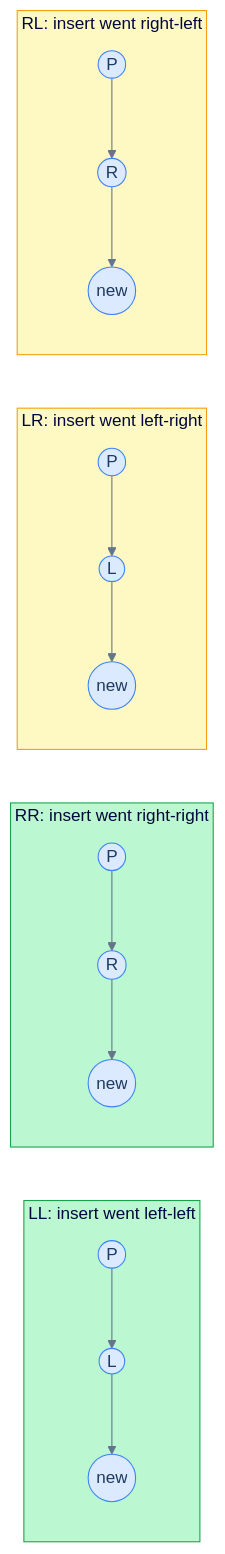
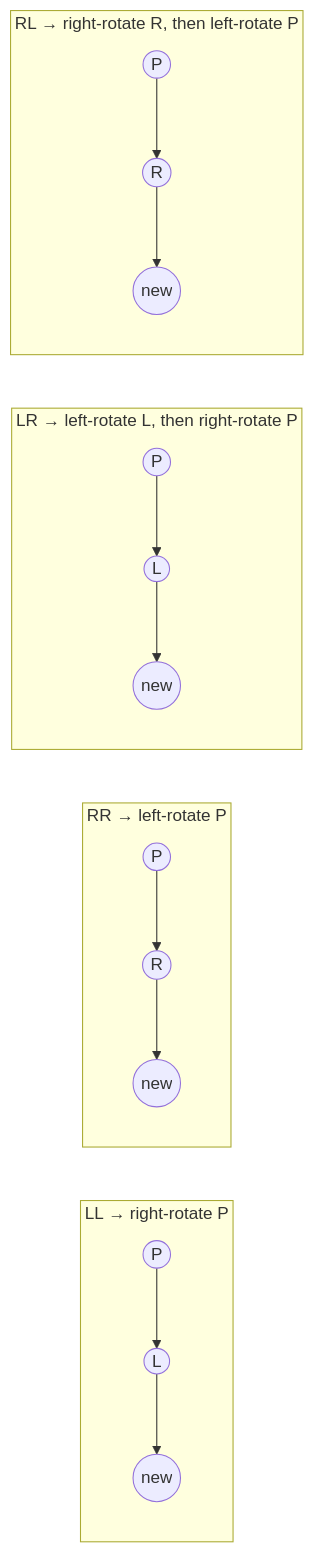
The diagram in content/cortex/data-structures-and-algorithms/03-trees/06-avl-tree/01-introduction-to-avl-trees.md (ani2fun/codefolio), drawn with Mermaid before and after one commit. The commit also changed other lines of this file and 1049 other files, not shown here.

````diff
--- a/content/cortex/data-structures-and-algorithms/03-trees/06-avl-tree/01-introduction-to-avl-trees.md
+++ b/content/cortex/data-structures-and-algorithms/03-trees/06-avl-tree/01-introduction-to-avl-trees.md
@@ -165,46 +67,17 @@
 ```mermaid
----
-config:
-  theme: base
-  themeVariables:
-    primaryColor: "#dbeafe"
-    primaryBorderColor: "#3b82f6"
-    primaryTextColor: "#1e3a5f"
-    lineColor: "#64748b"
-    secondaryColor: "#ede9fe"
-    tertiaryColor: "#fef9c3"
----
 flowchart LR
-  subgraph LL["LL: insert went left-left"]
-    LL_P((P))
-    LL_L((L))
-    LL_NEW((new))
-    LL_P --> LL_L
-    LL_L --> LL_NEW
+  subgraph LL["LL → right-rotate P"]
+    a1((P)) --> a2((L)) --> a3((new))
   end
-  subgraph RR["RR: insert went right-right"]
-    RR_P((P))
-    RR_R((R))
-    RR_NEW((new))
-    RR_P --> RR_R
-    RR_R --> RR_NEW
+  subgraph RR["RR → left-rotate P"]
+    b1((P)) --> b2((R)) --> b3((new))
   end
-  subgraph LR["LR: insert went left-right"]
-    LR_P((P))
-    LR_L((L))
-    LR_NEW((new))
-    LR_P --> LR_L
-    LR_L --> LR_NEW
+  subgraph LR["LR → left-rotate L, then right-rotate P"]
+    c1((P)) --> c2((L))
+    c2 --> c3((new))
   end
-  subgraph RL["RL: insert went right-left"]
-    RL_P((P))
-    RL_R((R))
-    RL_NEW((new))
-    RL_P --> RL_R
-    RL_R --> RL_NEW
+  subgraph RL["RL → right-rotate R, then left-rotate P"]
+    d1((P)) --> d2((R))
+    d2 --> d3((new))
   end
-  style LL fill:#bbf7d0,stroke:#16a34a
-  style RR fill:#bbf7d0,stroke:#16a34a
-  style LR fill:#fef9c3,stroke:#f59e0b
-  style RL fill:#fef9c3,stroke:#f59e0b
 ```
````
